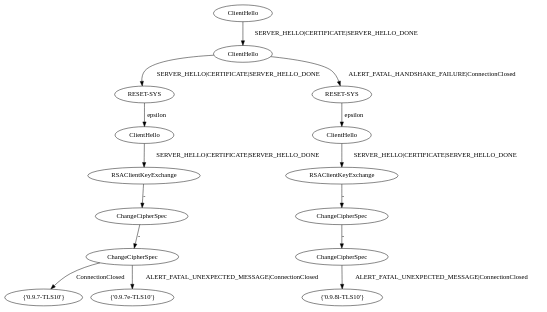
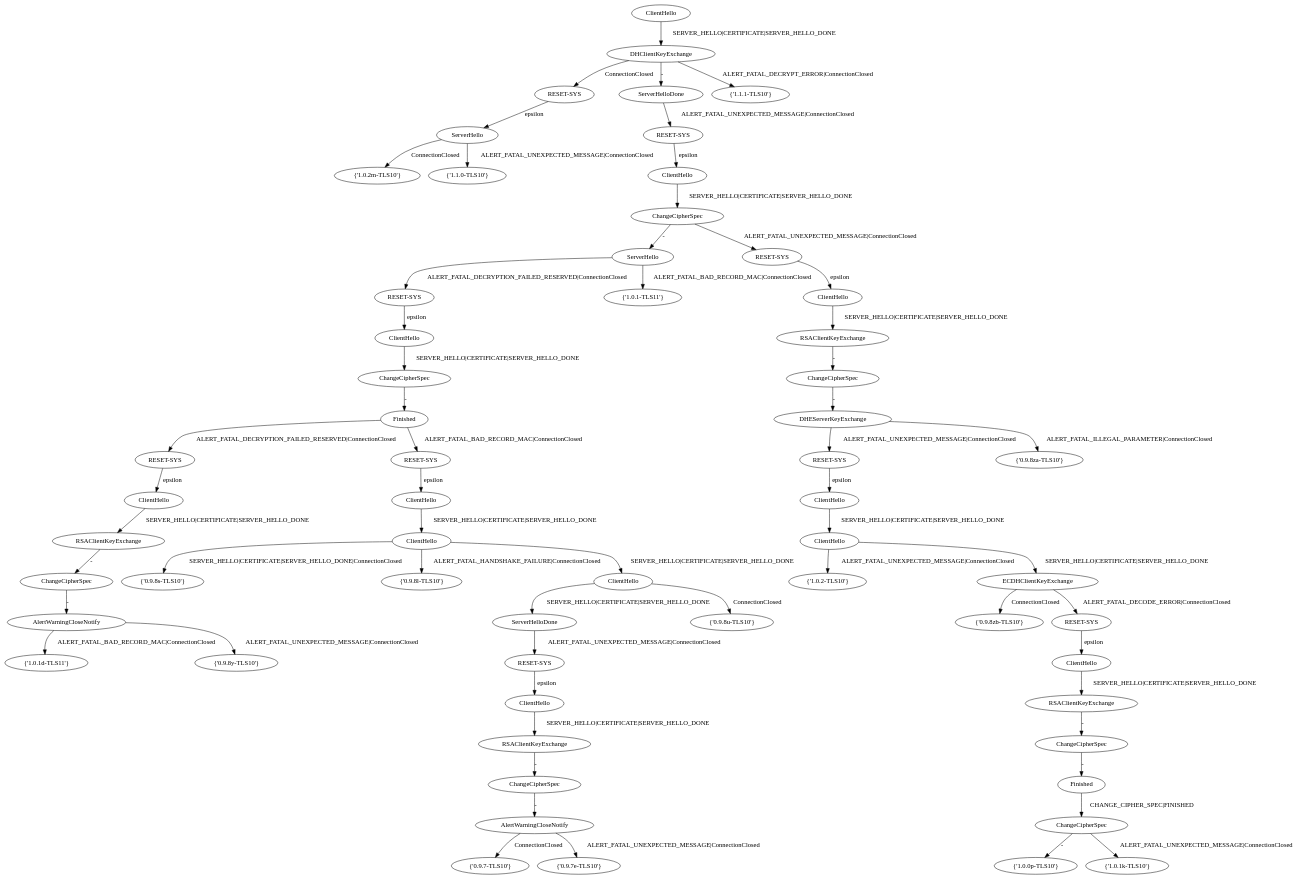
Before and after one commit to GianniM123/FFSM_fingerprint: the diagram in family-fingerprinter/CDS.dot, drawn with Graphviz. The commit also changed 9 other files, not shown here.

```diff
--- a/family-fingerprinter/CDS.dot
+++ b/family-fingerprinter/CDS.dot
@@ -1,46 +1,178 @@
 digraph "" {
 	node [label="\N"];
 	a0	[label=ClientHello];
-	a1	[label=ClientHello];
-	a0 -> a1	[key=0,
+	a3	[label=DHClientKeyExchange];
+	a0 -> a3	[key=0,
 		label="SERVER_HELLO|CERTIFICATE|SERVER_HELLO_DONE"];
-	a2	[label="RESET-SYS"];
-	a1 -> a2	[key=0,
+	a9	[label="RESET-SYS"];
+	a3 -> a9	[key=0,
+		label=ConnectionClosed];
+	a10	[label=ServerHelloDone];
+	a3 -> a10	[key=0,
+		label="-"];
+	a11	[label="{'1.1.1-TLS10'}"];
+	a3 -> a11	[key=0,
+		label="ALERT_FATAL_DECRYPT_ERROR|ConnectionClosed"];
+	a23	[label=ServerHello];
+	a9 -> a23	[key=0,
+		label=epsilon];
+	a24	[label="RESET-SYS"];
+	a10 -> a24	[key=0,
+		label="ALERT_FATAL_UNEXPECTED_MESSAGE|ConnectionClosed"];
+	a17	[label="{'0.9.8s-TLS10'}"];
+	a18	[label="{'0.9.8l-TLS10'}"];
+	a13	[label=ServerHello];
+	a29	[label="RESET-SYS"];
+	a13 -> a29	[key=8,
+		label="ALERT_FATAL_DECRYPTION_FAILED_RESERVED|ConnectionClosed"];
+	a30	[label="{'1.0.1-TLS11'}"];
+	a13 -> a30	[key=8,
+		label="ALERT_FATAL_BAD_RECORD_MAC|ConnectionClosed"];
+	a59	[label=ClientHello];
+	a29 -> a59	[key=0,
+		label=epsilon];
+	a46	[label="{'1.0.2m-TLS10'}"];
+	a50	[label="{'1.1.0-TLS10'}"];
+	a23 -> a46	[key=8,
+		label=ConnectionClosed];
+	a23 -> a50	[key=8,
+		label="ALERT_FATAL_UNEXPECTED_MESSAGE|ConnectionClosed"];
+	a63	[label="{'1.0.1d-TLS11'}"];
+	a66	[label="{'0.9.7-TLS10'}"];
+	a150	[label="{'0.9.8zb-TLS10'}"];
+	a55	[label=ClientHello];
+	a24 -> a55	[key=0,
+		label=epsilon];
+	a99	[label=ChangeCipherSpec];
+	a55 -> a99	[key=0,
 		label="SERVER_HELLO|CERTIFICATE|SERVER_HELLO_DONE"];
-	a3	[label="RESET-SYS"];
-	a1 -> a3	[key=0,
+	a99 -> a13	[key=0,
+		label="-"];
+	a157	[label="RESET-SYS"];
+	a99 -> a157	[key=0,
+		label="ALERT_FATAL_UNEXPECTED_MESSAGE|ConnectionClosed"];
+	a159	[label="{'1.0.2-TLS10'}"];
+	a27	[label="RESET-SYS"];
+	a57	[label=ClientHello];
+	a27 -> a57	[key=0,
+		label=epsilon];
+	a161	[label="{'0.9.8za-TLS10'}"];
+	a101	[label=ClientHello];
+	a57 -> a101	[key=0,
+		label="SERVER_HELLO|CERTIFICATE|SERVER_HELLO_DONE"];
+	a101 -> a159	[key=0,
+		label="ALERT_FATAL_UNEXPECTED_MESSAGE|ConnectionClosed"];
+	a166	[label=ECDHClientKeyExchange];
+	a101 -> a166	[key=0,
+		label="SERVER_HELLO|CERTIFICATE|SERVER_HELLO_DONE"];
+	a166 -> a150	[key=0,
+		label=ConnectionClosed];
+	a38	[label="RESET-SYS"];
+	a166 -> a38	[key=0,
+		label="ALERT_FATAL_DECODE_ERROR|ConnectionClosed"];
+	a105	[label=ChangeCipherSpec];
+	a59 -> a105	[key=0,
+		label="SERVER_HELLO|CERTIFICATE|SERVER_HELLO_DONE"];
+	a172	[label=Finished];
+	a105 -> a172	[key=0,
+		label="-"];
+	a32	[label="RESET-SYS"];
+	a61	[label=ClientHello];
+	a32 -> a61	[key=0,
+		label=epsilon];
+	a43	[label=ServerHelloDone];
+	a80	[label="RESET-SYS"];
+	a43 -> a80	[key=0,
+		label="ALERT_FATAL_UNEXPECTED_MESSAGE|ConnectionClosed"];
+	a205	[label="{'0.9.7e-TLS10'}"];
+	a72	[label=ClientHello];
+	a38 -> a72	[key=0,
+		label=epsilon];
+	a250	[label="RESET-SYS"];
+	a346	[label=ClientHello];
+	a250 -> a346	[key=0,
+		label=epsilon];
+	a312	[label="{'1.0.0p-TLS10'}"];
+	a107	[label=RSAClientKeyExchange];
+	a61 -> a107	[key=0,
+		label="SERVER_HELLO|CERTIFICATE|SERVER_HELLO_DONE"];
+	a181	[label=ChangeCipherSpec];
+	a107 -> a181	[key=0,
+		label="-"];
+	a263	[label=AlertWarningCloseNotify];
+	a181 -> a263	[key=0,
+		label="-"];
+	a263 -> a63	[key=2,
+		label="ALERT_FATAL_BAD_RECORD_MAC|ConnectionClosed"];
+	a360	[label="{'0.9.8y-TLS10'}"];
+	a263 -> a360	[key=2,
+		label="ALERT_FATAL_UNEXPECTED_MESSAGE|ConnectionClosed"];
+	a235	[label=ClientHello];
+	a157 -> a235	[key=0,
+		label=epsilon];
+	a329	[label=RSAClientKeyExchange];
+	a235 -> a329	[key=0,
+		label="SERVER_HELLO|CERTIFICATE|SERVER_HELLO_DONE"];
+	a436	[label=ChangeCipherSpec];
+	a329 -> a436	[key=0,
+		label="-"];
+	a503	[label="{'1.0.1k-TLS10'}"];
+	a122	[label=RSAClientKeyExchange];
+	a72 -> a122	[key=0,
+		label="SERVER_HELLO|CERTIFICATE|SERVER_HELLO_DONE"];
+	a195	[label=ChangeCipherSpec];
+	a122 -> a195	[key=0,
+		label="-"];
+	a286	[label=Finished];
+	a195 -> a286	[key=0,
+		label="-"];
+	a395	[label=ChangeCipherSpec];
+	a286 -> a395	[key=0,
+		label="CHANGE_CIPHER_SPEC|FINISHED"];
+	a395 -> a312	[key=0,
+		label="-"];
+	a395 -> a503	[key=0,
+		label="ALERT_FATAL_UNEXPECTED_MESSAGE|ConnectionClosed"];
+	a131	[label=ClientHello];
+	a80 -> a131	[key=0,
+		label=epsilon];
+	a204	[label=RSAClientKeyExchange];
+	a131 -> a204	[key=0,
+		label="SERVER_HELLO|CERTIFICATE|SERVER_HELLO_DONE"];
+	a295	[label=ChangeCipherSpec];
+	a204 -> a295	[key=0,
+		label="-"];
+	a404	[label=AlertWarningCloseNotify];
+	a295 -> a404	[key=0,
+		label="-"];
+	a404 -> a66	[key=2,
+		label=ConnectionClosed];
+	a404 -> a205	[key=2,
+		label="ALERT_FATAL_UNEXPECTED_MESSAGE|ConnectionClosed"];
+	a550	[label=DHEServerKeyExchange];
+	a436 -> a550	[key=0,
+		label="-"];
+	a172 -> a32	[key=0,
+		label="ALERT_FATAL_DECRYPTION_FAILED_RESERVED|ConnectionClosed"];
+	a172 -> a250	[key=0,
+		label="ALERT_FATAL_BAD_RECORD_MAC|ConnectionClosed"];
+	a459	[label=ClientHello];
+	a346 -> a459	[key=0,
+		label="SERVER_HELLO|CERTIFICATE|SERVER_HELLO_DONE"];
+	a459 -> a17	[key=0,
+		label="SERVER_HELLO|CERTIFICATE|SERVER_HELLO_DONE|ConnectionClosed"];
+	a459 -> a18	[key=0,
 		label="ALERT_FATAL_HANDSHAKE_FAILURE|ConnectionClosed"];
-	a5	[label=ClientHello];
-	a2 -> a5	[key=0,
-		label=epsilon];
-	a4	[label=ClientHello];
-	a3 -> a4	[key=0,
-		label=epsilon];
-	a6	[label=RSAClientKeyExchange];
-	a4 -> a6	[key=0,
+	a576	[label=ClientHello];
+	a459 -> a576	[key=0,
 		label="SERVER_HELLO|CERTIFICATE|SERVER_HELLO_DONE"];
-	a10	[label=RSAClientKeyExchange];
-	a5 -> a10	[key=0,
+	a576 -> a43	[key=0,
 		label="SERVER_HELLO|CERTIFICATE|SERVER_HELLO_DONE"];
-	a7	[label=ChangeCipherSpec];
-	a6 -> a7	[key=0,
-		label="-"];
-	a8	[label=ChangeCipherSpec];
-	a7 -> a8	[key=0,
-		label="-"];
-	a9	[label="{'0.9.8l-TLS10'}"];
-	a8 -> a9	[key=0,
+	a699	[label="{'0.9.8u-TLS10'}"];
+	a576 -> a699	[key=0,
+		label=ConnectionClosed];
+	a550 -> a27	[key=0,
 		label="ALERT_FATAL_UNEXPECTED_MESSAGE|ConnectionClosed"];
-	a11	[label=ChangeCipherSpec];
-	a10 -> a11	[key=0,
-		label="-"];
-	a12	[label=ChangeCipherSpec];
-	a11 -> a12	[key=0,
-		label="-"];
-	a13	[label="{'0.9.7-TLS10'}"];
-	a12 -> a13	[key=0,
-		label=ConnectionClosed];
-	a14	[label="{'0.9.7e-TLS10'}"];
-	a12 -> a14	[key=0,
-		label="ALERT_FATAL_UNEXPECTED_MESSAGE|ConnectionClosed"];
+	a550 -> a161	[key=0,
+		label="ALERT_FATAL_ILLEGAL_PARAMETER|ConnectionClosed"];
 }
```
